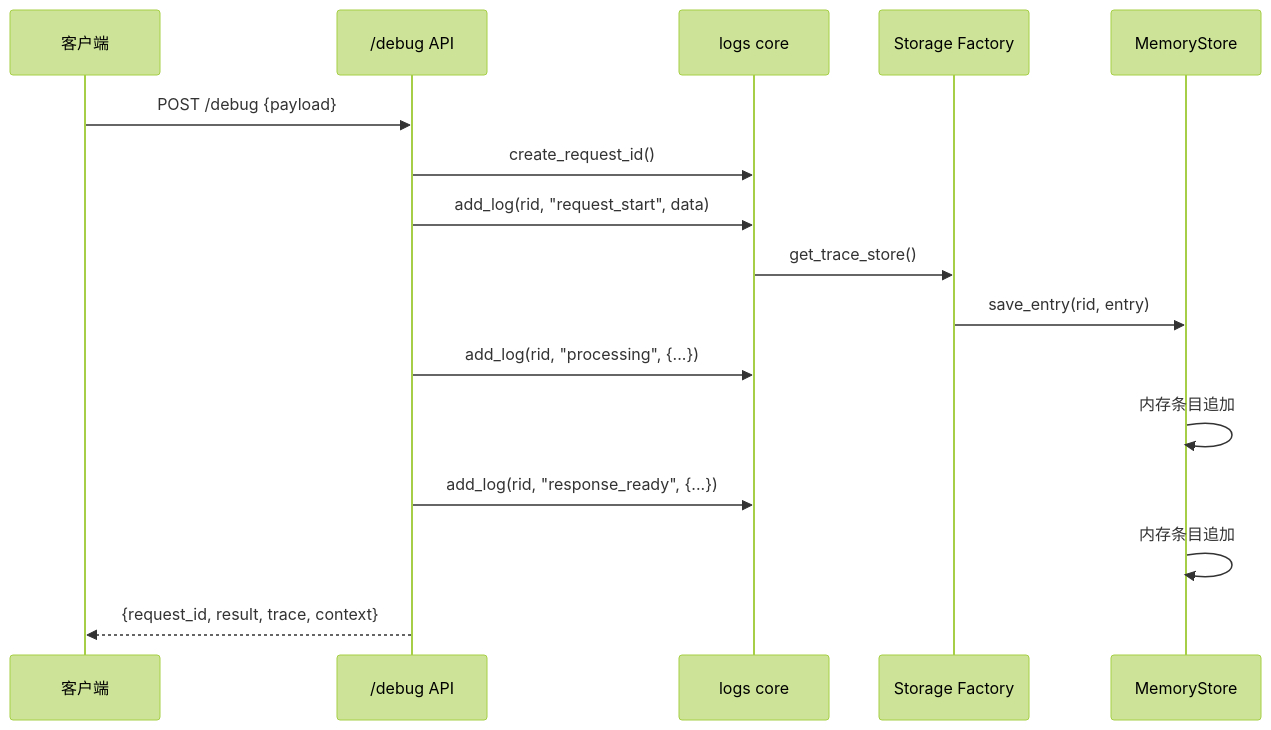
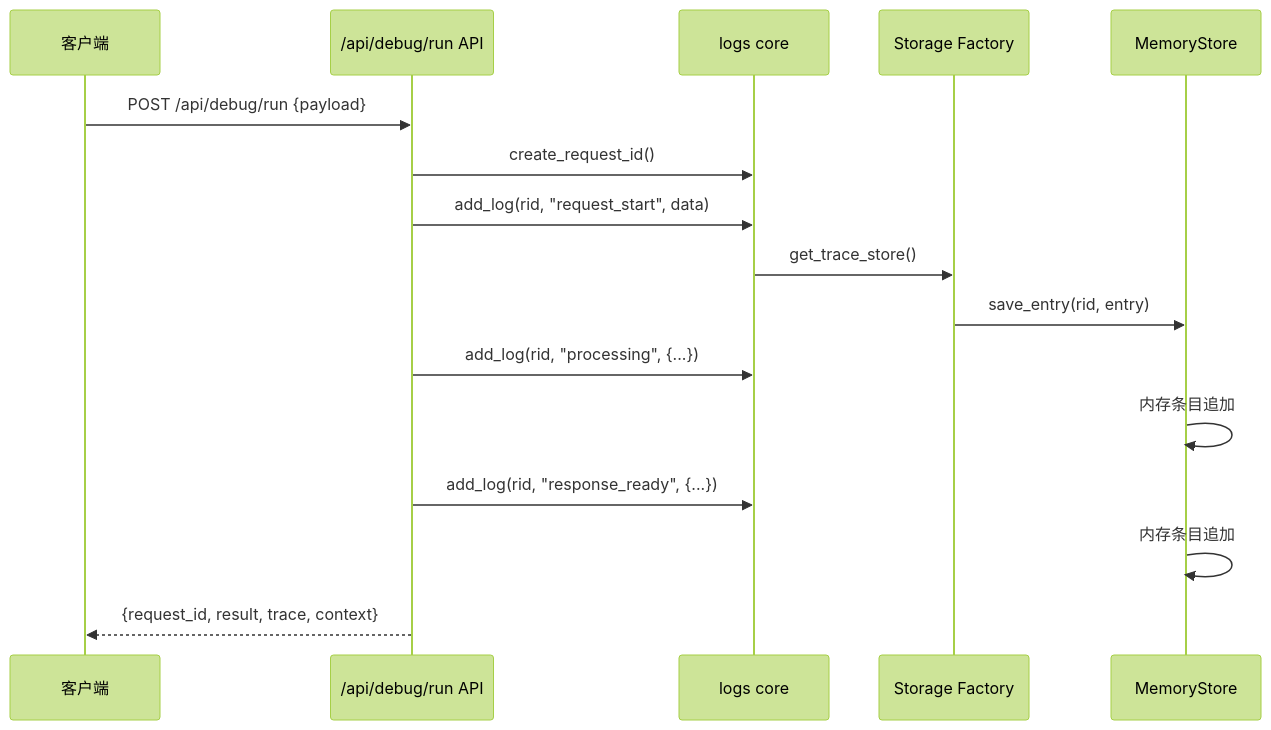
One commit to lujoai/Lujo-MCP changed the sixth of 11 diagrams in docs/public/DESIGN.md. Above: the diagram before and after it, drawn with Mermaid (forest theme). The commit also changed other lines of this file and 6 other files, not shown here.

First line of the commit message:
feat!: deprecate POST /debug, consolidate to POST /api/debug/run

````diff
--- a/docs/public/DESIGN.md
+++ b/docs/public/DESIGN.md
@@ -715,19 +717,19 @@
 ```mermaid
 sequenceDiagram
     participant C as 客户端
-    participant API as /debug API
+    participant API as /api/debug/run API
     participant Logs as logs core
     participant Factory as Storage Factory
     participant MEM as MemoryStore
 
-    C->>API: POST /debug {payload}
+    C->>API: POST /api/debug/run {payload}
     API->>Logs: create_request_id()
     API->>Logs: add_log(rid, "request_start", data)
     Logs->>Factory: get_trace_store()
     Factory->>MEM: save_entry(rid, entry)
     API->>Logs: add_log(rid, "processing", {...})
     MEM->>MEM: 内存条目追加
     API->>Logs: add_log(rid, "response_ready", {...})
     MEM->>MEM: 内存条目追加
     API-->>C: {request_id, result, trace, context}
 ```
````
